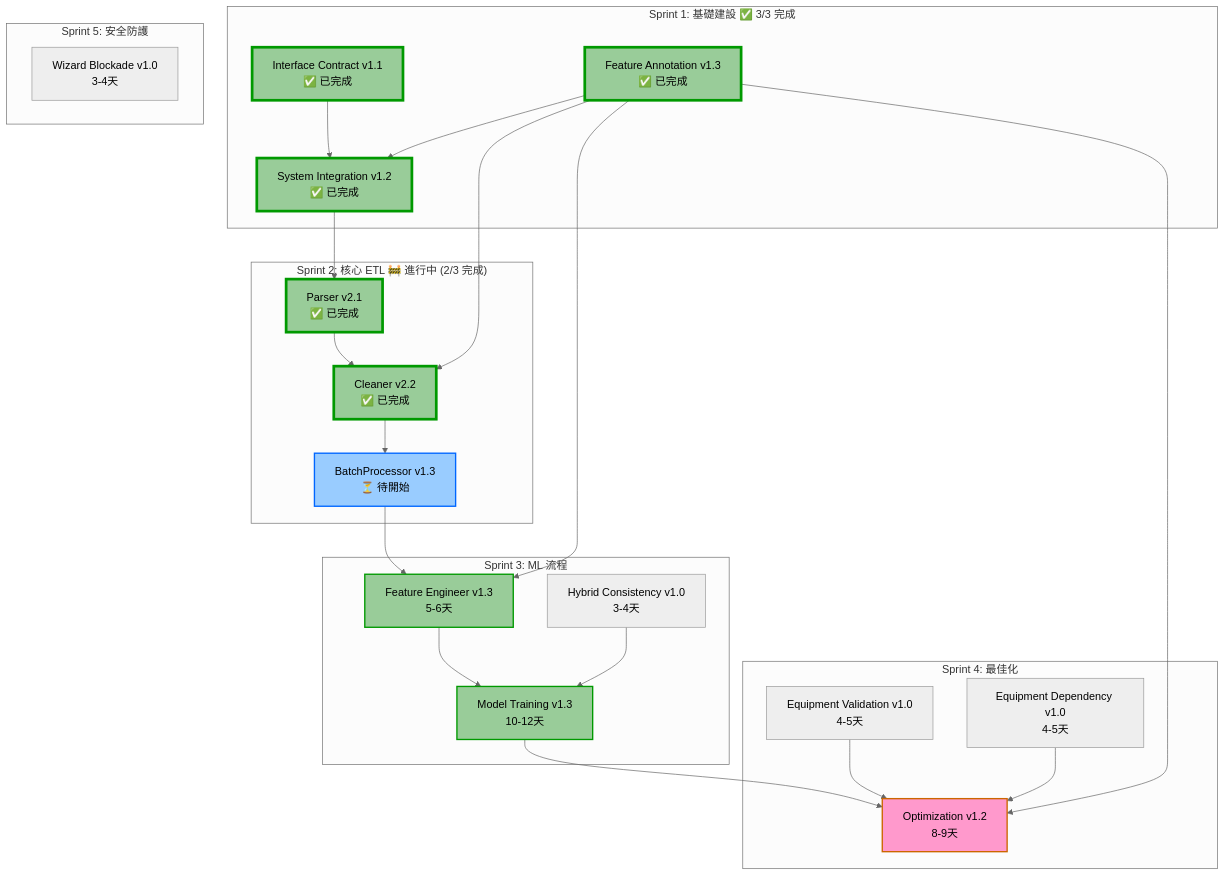
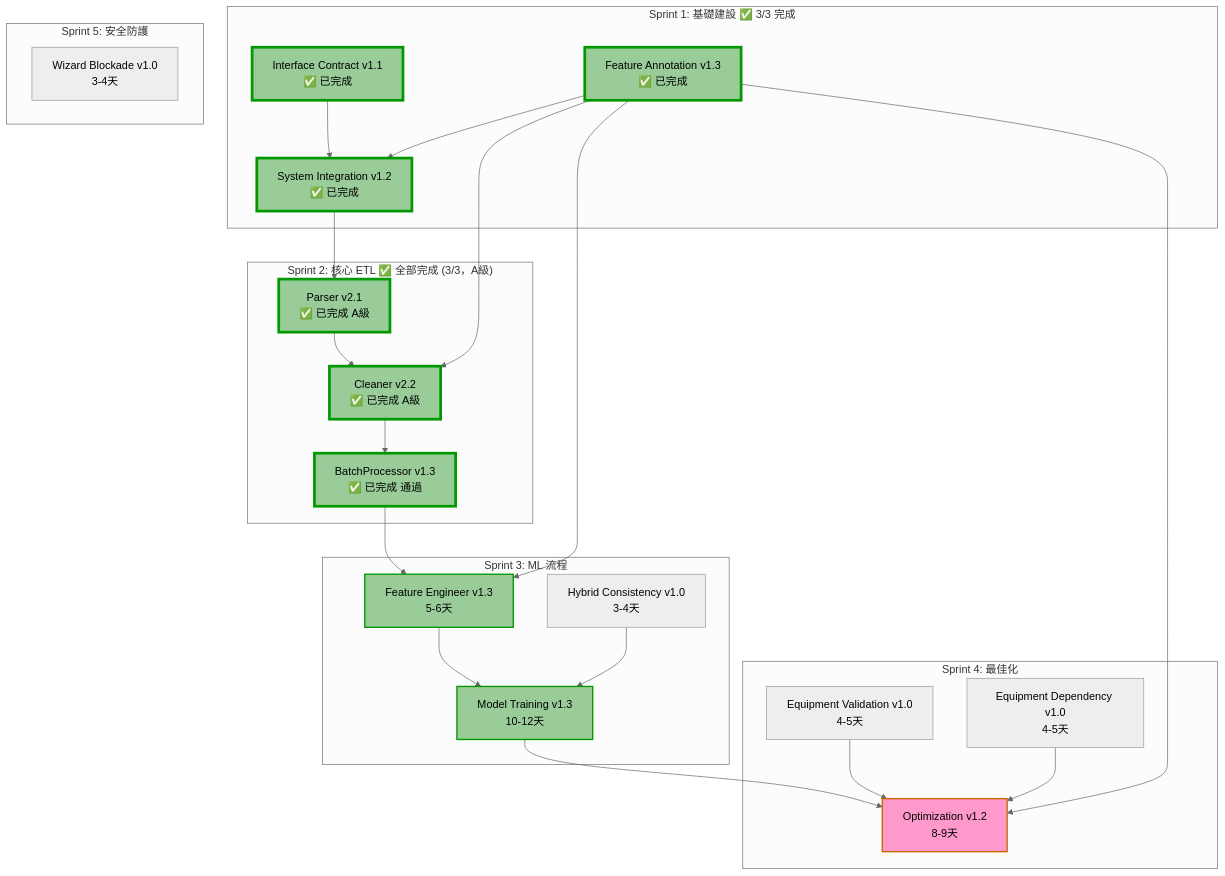
The diagram in docs/專案任務排程/專案任務排程文件.md (oscar120601/HVAC_Analytics), drawn with Mermaid (neutral theme) before and after one commit. The commit also changed other lines of this file and 2 other files, not shown here.

First line of the commit message:
docs: 更新 Sprint 2 完成狀態與審查結果

````diff
--- a/docs/專案任務排程/專案任務排程文件.md
+++ b/docs/專案任務排程/專案任務排程文件.md
@@ -37,42 +37,42 @@
 ```mermaid
 graph TD
     subgraph "Sprint 1: 基礎建設 ✅ 3/3 完成"
         IC[Interface Contract v1.1<br/>✅ 已完成] --> SI[System Integration v1.2<br/>✅ 已完成]
         FA[Feature Annotation v1.3<br/>✅ 已完成] --> SI
     end
     
-    subgraph "Sprint 2: 核心 ETL 🚧 進行中 (2/3 完成)"
-        SI --> Parser[Parser v2.1<br/>✅ 已完成]
-        FA --> Cleaner[Cleaner v2.2<br/>✅ 已完成]
+    subgraph "Sprint 2: 核心 ETL ✅ 全部完成 (3/3，A級)"
+        SI --> Parser[Parser v2.1<br/>✅ 已完成 A級]
+        FA --> Cleaner[Cleaner v2.2<br/>✅ 已完成 A級]
         Parser --> Cleaner
-        Cleaner --> BP[BatchProcessor v1.3<br/>⏳ 待開始]
+        Cleaner --> BP[BatchProcessor v1.3<br/>✅ 已完成 通過]
     end
     
     subgraph "Sprint 3: ML 流程"
         BP --> FE[Feature Engineer v1.3<br/>5-6天]
         FA --> FE
         FE --> MT[Model Training v1.3<br/>10-12天]
         HC[Hybrid Consistency v1.0<br/>3-4天] --> MT
     end
     
     subgraph "Sprint 4: 最佳化"
         MT --> OPT[Optimization v1.2<br/>8-9天]
         FA --> OPT
         EV[Equipment Validation v1.0<br/>4-5天] --> OPT
         ED[Equipment Dependency v1.0<br/>4-5天] --> OPT
     end
     
     subgraph "Sprint 5: 安全防護"
         WTB[Wizard Blockade v1.0<br/>3-4天]
     end
     
     style IC fill:#9c9,stroke:#090,stroke-width:4px
     style SI fill:#9c9,stroke:#090,stroke-width:4px
     style FA fill:#9c9,stroke:#090,stroke-width:4px
     style Parser fill:#9c9,stroke:#090,stroke-width:4px
     style Cleaner fill:#9c9,stroke:#090,stroke-width:4px
-    style BP fill:#9cf,stroke:#06f,stroke-width:2px
+    style BP fill:#9c9,stroke:#090,stroke-width:4px
     style FE fill:#9c9,stroke:#090,stroke-width:2px
     style MT fill:#9c9,stroke:#090,stroke-width:2px
     style OPT fill:#f9c,stroke:#c60,stroke-width:2px
 ```
````
